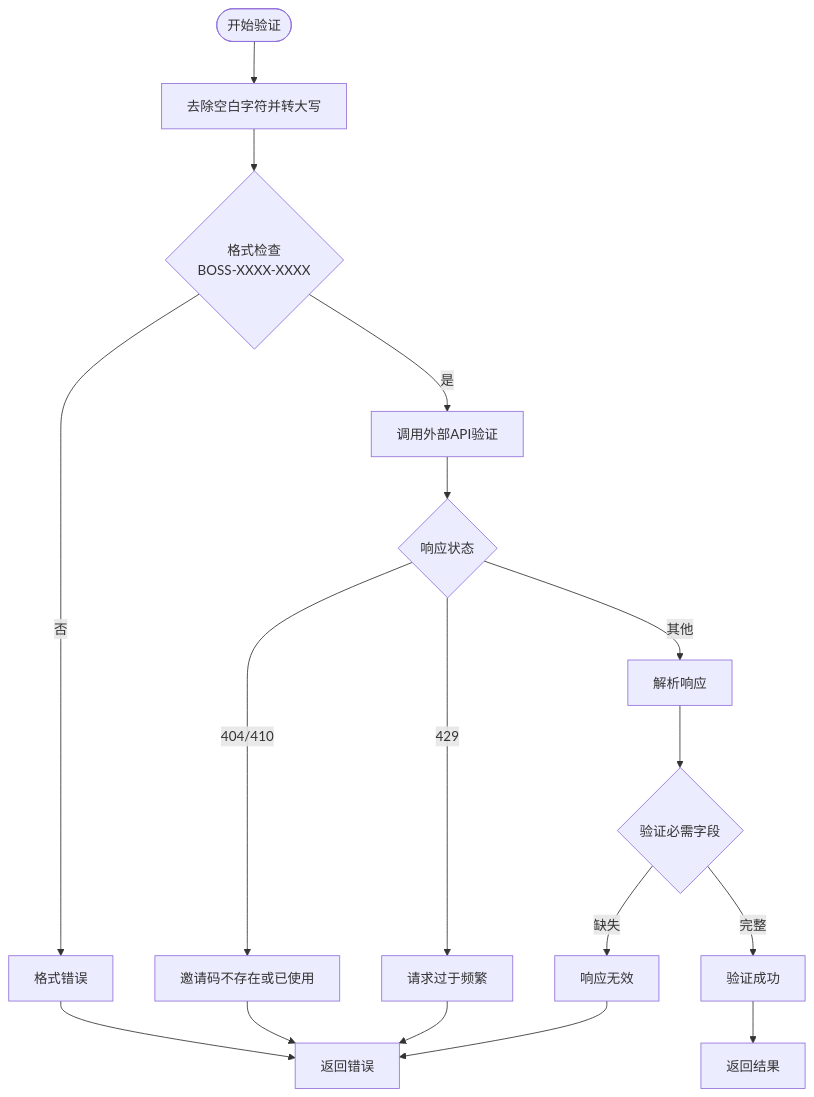
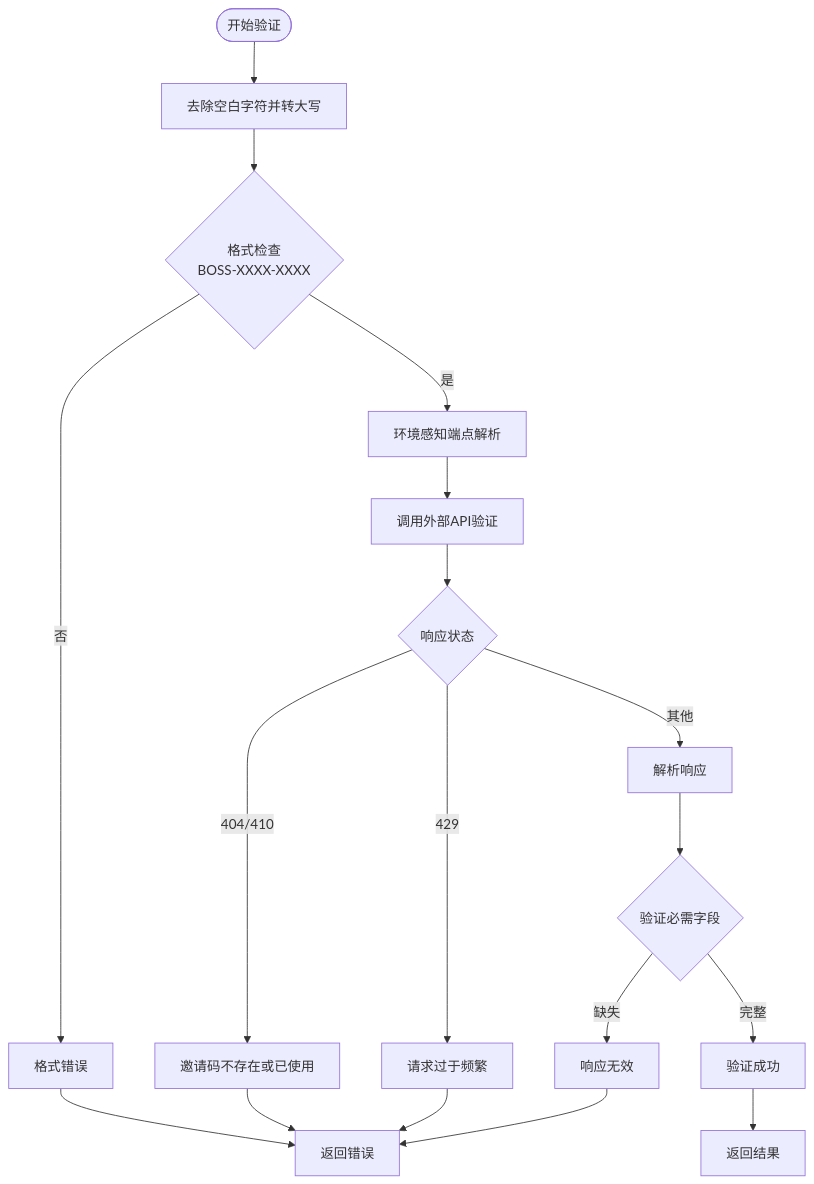
One commit to verse-ai-org/openclaw changed the sixth of 7 diagrams in .qoder/repowiki/zh/content/核心概念/邀请码API设计文档.md. Above: the diagram before and after it, drawn with Mermaid. The commit also changed other lines of this file and 24 other files, not shown here.

````diff
--- a/.qoder/repowiki/zh/content/核心概念/邀请码API设计文档.md
+++ b/.qoder/repowiki/zh/content/核心概念/邀请码API设计文档.md
@@ -202,19 +314,20 @@
 ```mermaid
 flowchart TD
 Start([开始验证]) --> Trim["去除空白字符并转大写"]
 Trim --> FormatCheck{"格式检查<br/>BOSS-XXXX-XXXX"}
 FormatCheck --> |否| InvalidFormat[格式错误]
-FormatCheck --> |是| FetchAPI["调用外部API验证"]
+FormatCheck --> |是| ResolveEndpoint["环境感知端点解析"]
+ResolveEndpoint --> FetchAPI["调用外部API验证"]
 FetchAPI --> ResponseOK{"响应状态"}
 ResponseOK --> |404/410| NotExists[邀请码不存在或已使用]
 ResponseOK --> |429| TooMany[请求过于频繁]
 ResponseOK --> |其他| ParseResponse[解析响应]
 ParseResponse --> ValidateFields{"验证必需字段"}
 ValidateFields --> |缺失| InvalidResponse[响应无效]
 ValidateFields --> |完整| Success[验证成功]
 InvalidFormat --> ErrorReturn[返回错误]
 NotExists --> ErrorReturn
 TooMany --> ErrorReturn
 InvalidResponse --> ErrorReturn
 Success --> ReturnResult[返回结果]
 ```
````
